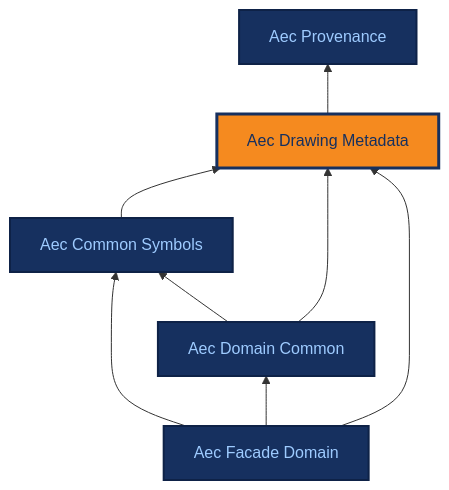
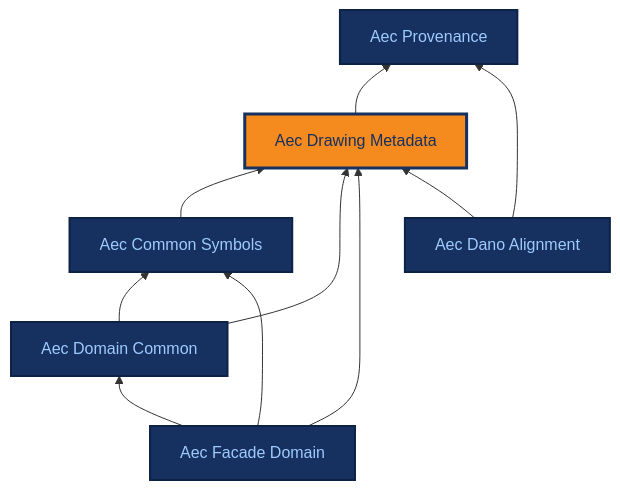
The diagram in docs/ontologies/aec_drawing_metadata.md (BuroHappoldMachineLearning/ADIRO), drawn with Mermaid before and after one commit. The commit also changed other lines of this file and 11 other files, not shown here.

````diff
--- a/docs/ontologies/aec_drawing_metadata.md
+++ b/docs/ontologies/aec_drawing_metadata.md
@@ -17,25 +17,29 @@
 ```mermaid
 %%{init: {"themeCSS": ".base .nodeLabel,.base .nodeLabel p,.base text,.base tspan{fill:#9ecbff !important;color:#9ecbff !important}.current .nodeLabel,.current .nodeLabel p,.current text,.current tspan{fill:#16305f !important;color:#16305f !important}"} }%%
 graph BT
     aec_provenance["Aec Provenance"]
     aec_drawing_metadata["Aec Drawing Metadata"]
     aec_common_symbols["Aec Common Symbols"]
     aec_domain_common["Aec Domain Common"]
     aec_facade_domain["Aec Facade Domain"]
+    aec_dano_alignment["Aec Dano Alignment"]
     aec_drawing_metadata --> aec_provenance
     aec_common_symbols --> aec_drawing_metadata
     aec_domain_common --> aec_common_symbols
     aec_domain_common --> aec_drawing_metadata
     aec_facade_domain --> aec_common_symbols
     aec_facade_domain --> aec_domain_common
     aec_facade_domain --> aec_drawing_metadata
+    aec_dano_alignment --> aec_drawing_metadata
+    aec_dano_alignment --> aec_provenance
     click aec_provenance "../aec_provenance/" "Aec Provenance reference page"
     click aec_drawing_metadata "../aec_drawing_metadata/" "Aec Drawing Metadata reference page"
     click aec_common_symbols "../aec_common_symbols/" "Aec Common Symbols reference page"
     click aec_domain_common "../aec_domain_common/" "Aec Domain Common reference page"
     click aec_facade_domain "../aec_facade_domain/" "Aec Facade Domain reference page"
+    click aec_dano_alignment "../aec_dano_alignment/" "Aec Dano Alignment reference page"
     classDef base fill:#16305f,stroke:#0e2247,stroke-width:2px,color:#9ecbff;
-    class aec_provenance,aec_common_symbols,aec_domain_common,aec_facade_domain base;
+    class aec_provenance,aec_common_symbols,aec_domain_common,aec_facade_domain,aec_dano_alignment base;
     classDef current fill:#f58a1f,stroke:#16305f,stroke-width:3px,color:#16305f;
     class aec_drawing_metadata current;
 ```
````
